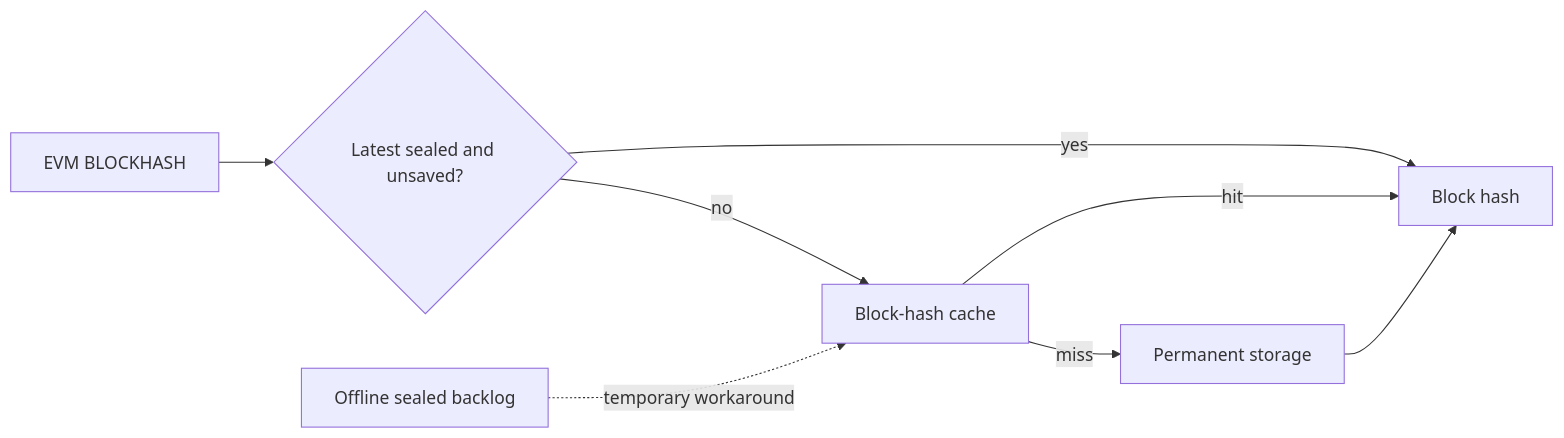
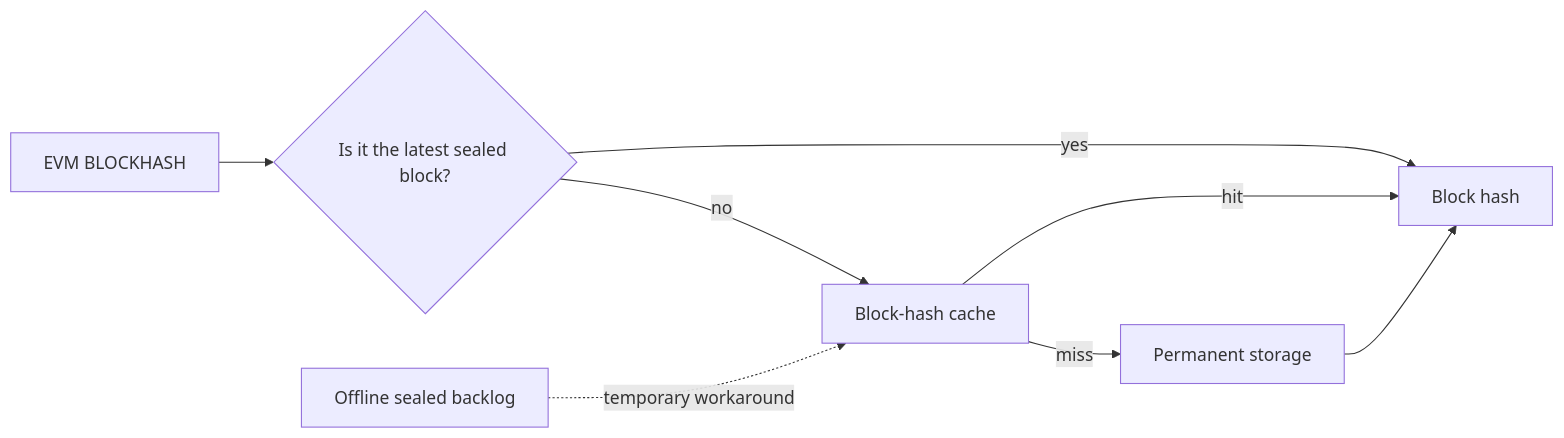
One commit to cloudwalk/stratus changed the second of 2 diagrams in docs/continuity.md. Above: the diagram before and after it, drawn with Mermaid. The commit also changed other lines of this file and 1 other file, not shown here.

Commit message:
fix read block hash

````diff
--- a/docs/continuity.md
+++ b/docs/continuity.md
@@ -97,11 +97,11 @@
 ```mermaid
 flowchart LR
-    EVM["EVM BLOCKHASH"] --> TempCheck{"Latest sealed and unsaved?"}
+    EVM["EVM BLOCKHASH"] --> TempCheck{"Is it the latest sealed block?"}
     TempCheck -->|"yes"| Result["Block hash"]
     TempCheck -->|"no"| Cache["Block-hash cache"]
     Cache -->|"hit"| Result
     Cache -->|"miss"| Permanent["Permanent storage"]
     Permanent --> Result
 
     Queue["Offline sealed backlog"] -. "temporary workaround" .-> Cache
 ```
````
